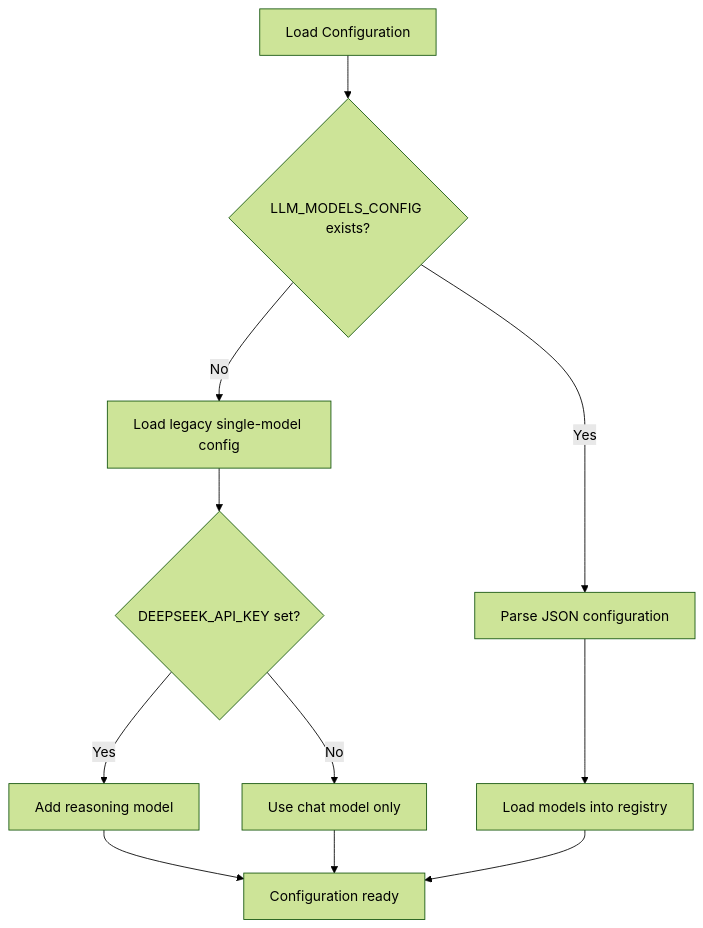
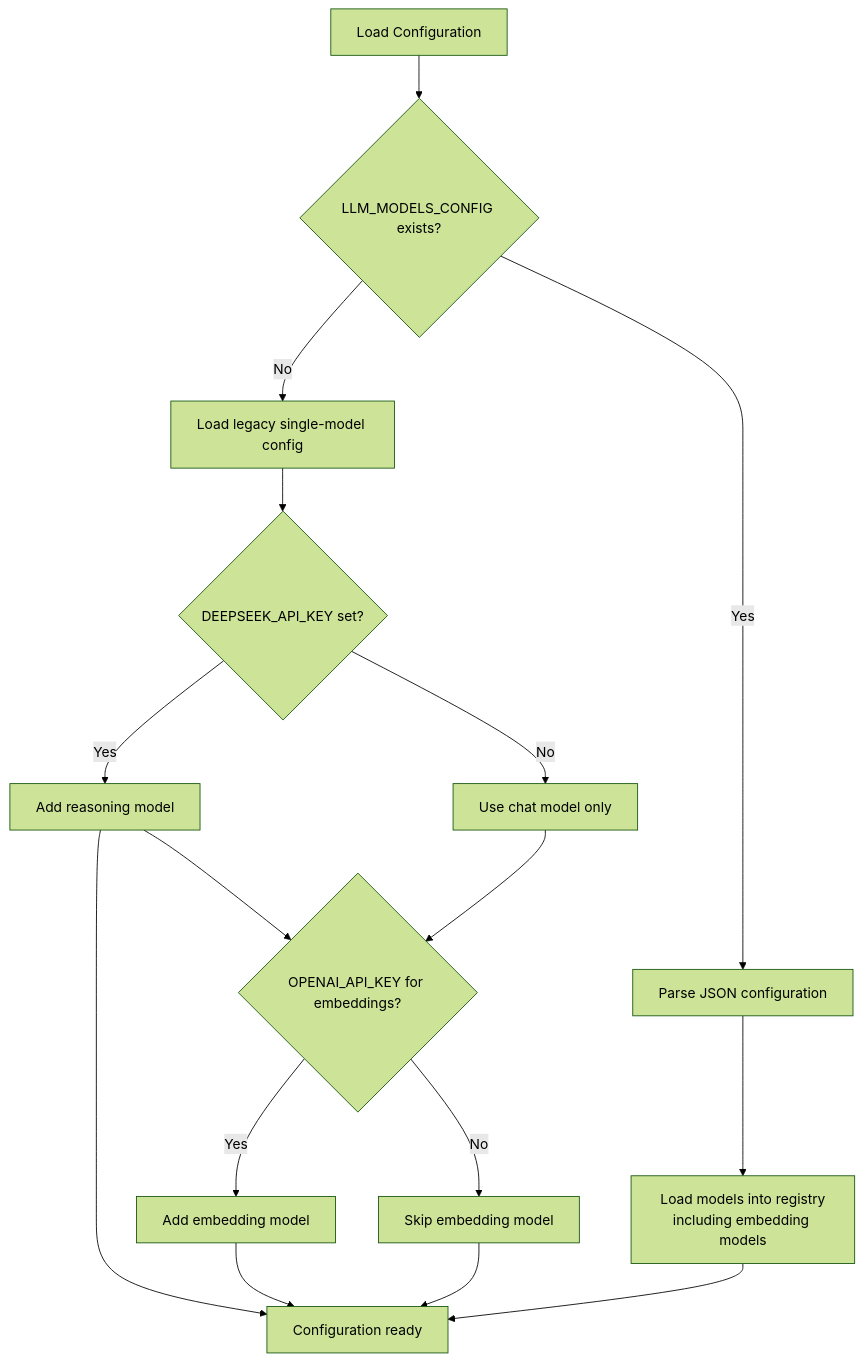
Before and after one commit to liwonder/NARRITIVE_OS: the fifth of 8 diagrams in .qoder/repowiki/en/content/LLM Integration and Configuration.md, drawn with Mermaid (forest theme). The commit also changed other lines of this file and 12 other files, not shown here.

````diff
--- a/.qoder/repowiki/en/content/LLM Integration and Configuration.md
+++ b/.qoder/repowiki/en/content/LLM Integration and Configuration.md
@@ -307,13 +337,18 @@
 ```mermaid
 flowchart TD
 Start["Load Configuration"] --> CheckEnv{"LLM_MODELS_CONFIG exists?"}
 CheckEnv --> |Yes| ParseJSON["Parse JSON configuration"]
-ParseJSON --> LoadModels["Load models into registry"]
+ParseJSON --> LoadModels["Load models into registry<br/>including embedding models"]
 CheckEnv --> |No| LoadLegacy["Load legacy single-model config"]
 LoadLegacy --> CheckReasoning{"DEEPSEEK_API_KEY set?"}
 CheckReasoning --> |Yes| AddReasoning["Add reasoning model"]
 CheckReasoning --> |No| UseChatOnly["Use chat model only"]
+AddReasoning --> CheckEmbedding{"OPENAI_API_KEY for embeddings?"}
+CheckEmbedding --> |Yes| AddEmbedding["Add embedding model"]
+CheckEmbedding --> |No| SkipEmbedding["Skip embedding model"]
 AddReasoning --> Complete["Configuration ready"]
-UseChatOnly --> Complete
+UseChatOnly --> CheckEmbedding
+AddEmbedding --> Complete
+SkipEmbedding --> Complete
 LoadModels --> Complete
 ```
````
